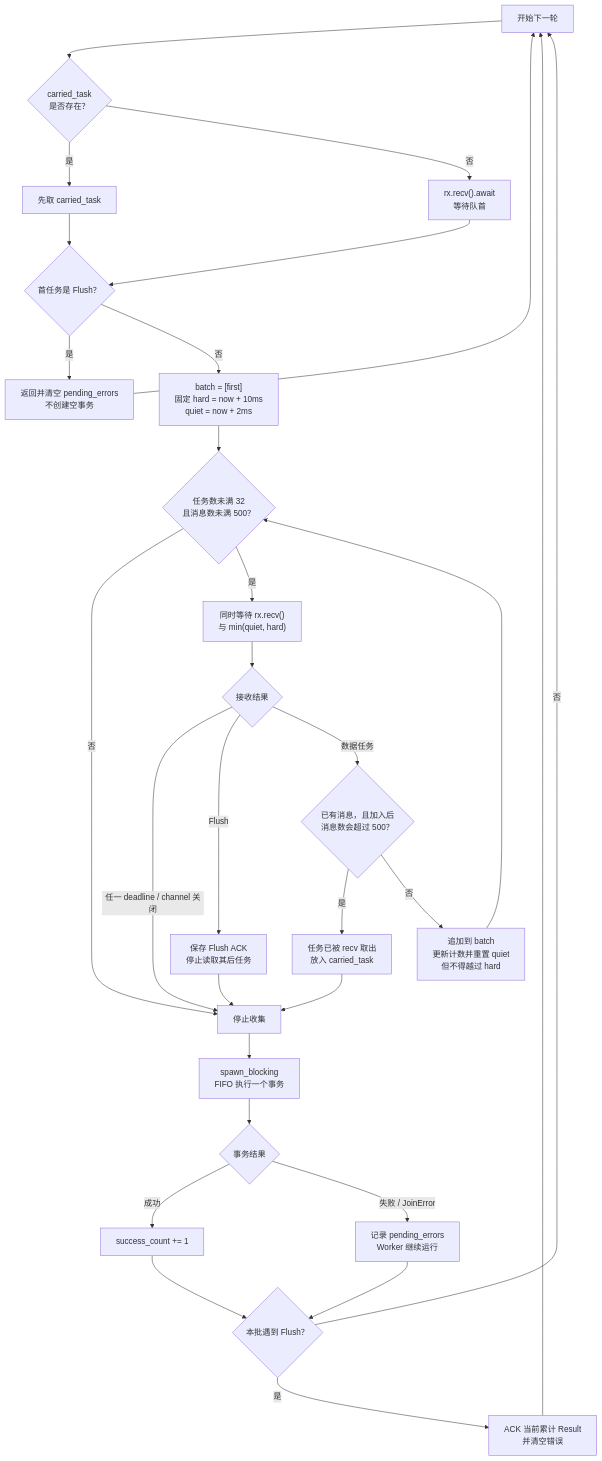
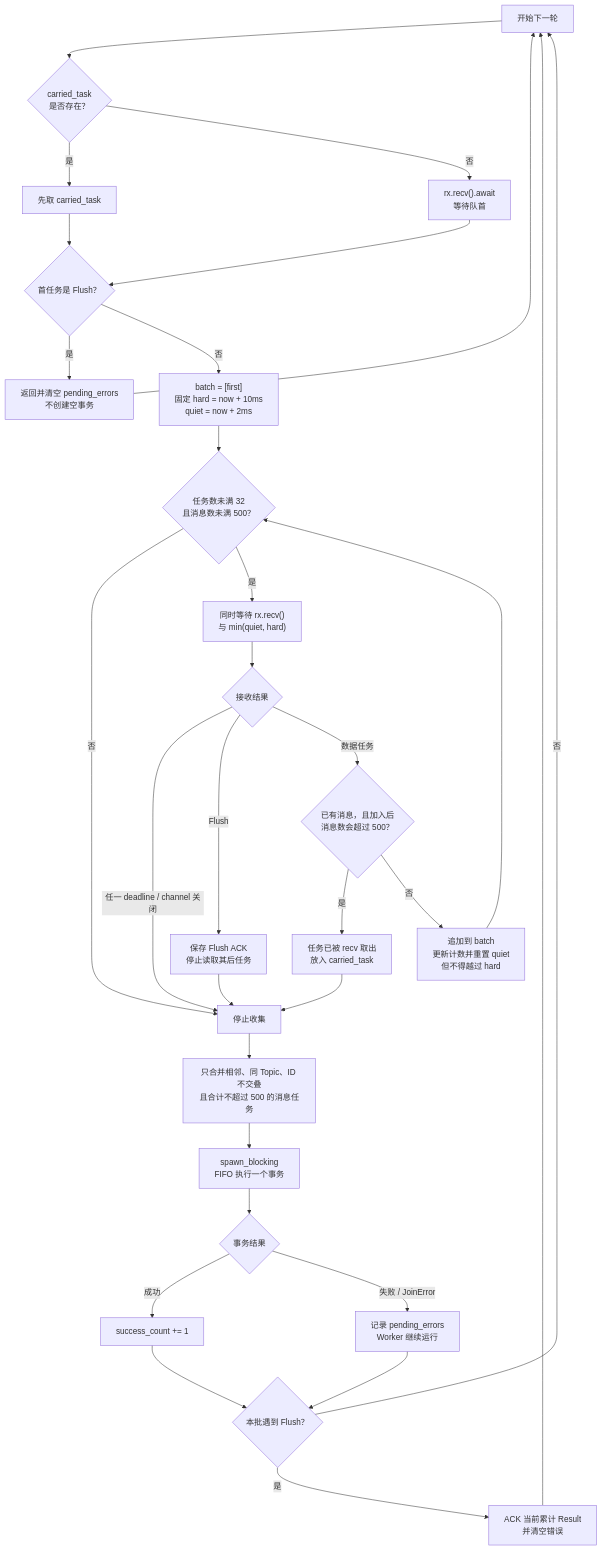
Before and after one commit to MRiecy/VCPMobile: the second of 8 diagrams in docs/modules/14_Persistence领域总览.md, drawn with Mermaid. The commit also changed other lines of this file and 2 other files, not shown here.

Commit message:
perf(db): coalesce adjacent topic message writes

````diff
--- a/docs/modules/14_Persistence领域总览.md
+++ b/docs/modules/14_Persistence领域总览.md
@@ -373,37 +373,38 @@
 ```mermaid
 flowchart TD
     A["开始下一轮"] --> B{"carried_task<br/>是否存在？"}
     B -- "是" --> C["先取 carried_task"]
     B -- "否" --> D["rx.recv().await<br/>等待队首"]
     C --> E{"首任务是 Flush？"}
     D --> E
 
     E -- "是" --> F["返回并清空 pending_errors<br/>不创建空事务"]
     F --> A
     E -- "否" --> G["batch = [first]<br/>固定 hard = now + 10ms<br/>quiet = now + 2ms"]
 
     G --> H{"任务数未满 32<br/>且消息数未满 500？"}
     H -- "否" --> N["停止收集"]
     H -- "是" --> I["同时等待 rx.recv()<br/>与 min(quiet, hard)"]
 
     I --> J{"接收结果"}
     J -- "任一 deadline / channel 关闭" --> N
     J -- "Flush" --> K["保存 Flush ACK<br/>停止读取其后任务"]
     K --> N
     J -- "数据任务" --> L{"已有消息，且加入后<br/>消息数会超过 500？"}
 
     L -- "是" --> M["任务已被 recv 取出<br/>放入 carried_task"]
     M --> N
     L -- "否" --> O["追加到 batch<br/>更新计数并重置 quiet<br/>但不得越过 hard"]
     O --> H
 
-    N --> P["spawn_blocking<br/>FIFO 执行一个事务"]
+    N --> V["只合并相邻、同 Topic、ID 不交叠<br/>且合计不超过 500 的消息任务"]
+    V --> P["spawn_blocking<br/>FIFO 执行一个事务"]
     P --> Q{"事务结果"}
     Q -- "成功" --> R["success_count += 1"]
     Q -- "失败 / JoinError" --> S["记录 pending_errors<br/>Worker 继续运行"]
     R --> T{"本批遇到 Flush？"}
     S --> T
     T -- "是" --> U["ACK 当前累计 Result<br/>并清空错误"]
     T -- "否" --> A
     U --> A
 ```
````
